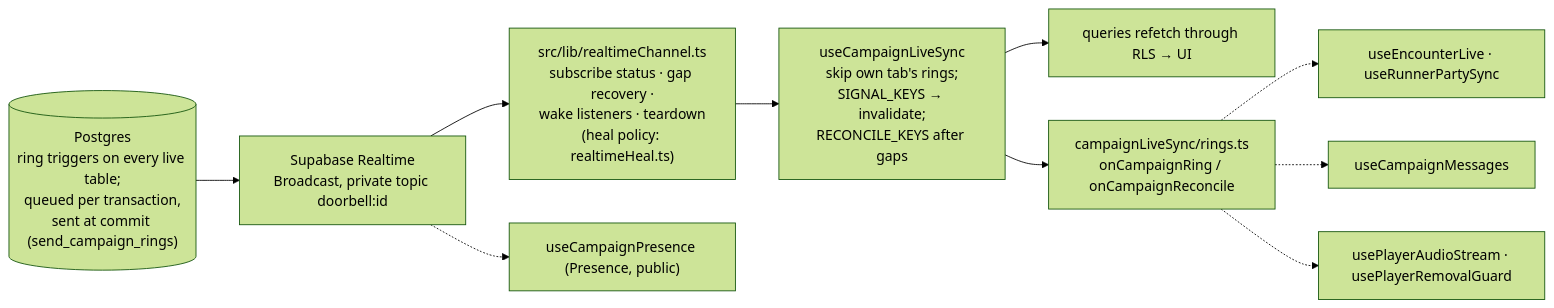
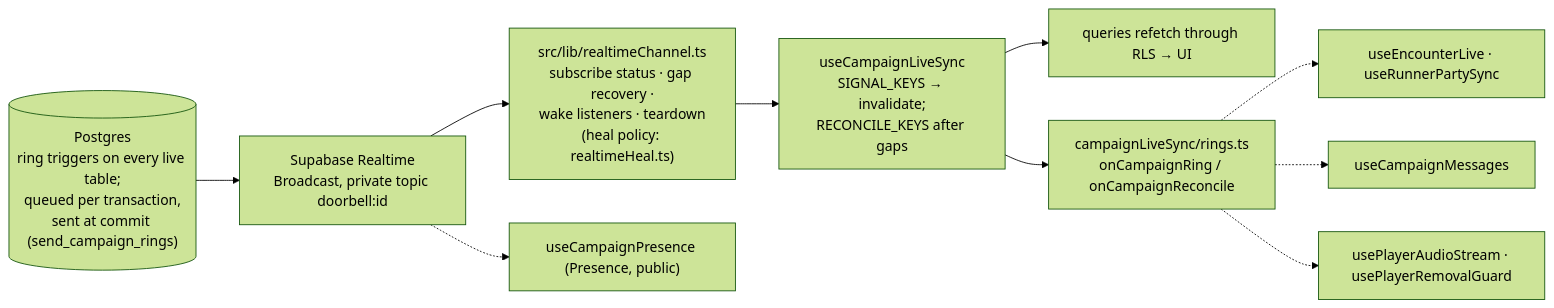
The third of 4 diagrams in context/architecture/internal.md (irongollem/grimoire), drawn with Mermaid (forest theme) before and after one commit. The commit also changed other lines of this file and 30 other files, not shown here.

First line of the commit message:
fix(live): every tab hears every ring; re-reads never outrun a write

````diff
--- a/context/architecture/internal.md
+++ b/context/architecture/internal.md
@@ -154,12 +154,12 @@
 ```mermaid
 flowchart LR
     pg[("Postgres<br/>ring triggers on every live table;<br/>queued per transaction,<br/>sent at commit (send_campaign_rings)")] --> rt["Supabase Realtime<br/>Broadcast, private topic doorbell:id"]
     rt --> chan["src/lib/realtimeChannel.ts<br/>subscribe status · gap recovery ·<br/>wake listeners · teardown<br/>(heal policy: realtimeHeal.ts)"]
-    chan --> sync["useCampaignLiveSync<br/>skip own tab's rings;<br/>SIGNAL_KEYS → invalidate;<br/>RECONCILE_KEYS after gaps"]
+    chan --> sync["useCampaignLiveSync<br/>SIGNAL_KEYS → invalidate;<br/>RECONCILE_KEYS after gaps"]
     sync --> uiL["queries refetch through RLS → UI"]
     sync --> bus["campaignLiveSync/rings.ts<br/>onCampaignRing / onCampaignReconcile"]
     bus -.-> enc["useEncounterLive · useRunnerPartySync"]
     bus -.-> msg["useCampaignMessages"]
     bus -.-> snd["usePlayerAudioStream · usePlayerRemovalGuard"]
     rt -.-> pres["useCampaignPresence (Presence, public)"]
 ```
````
